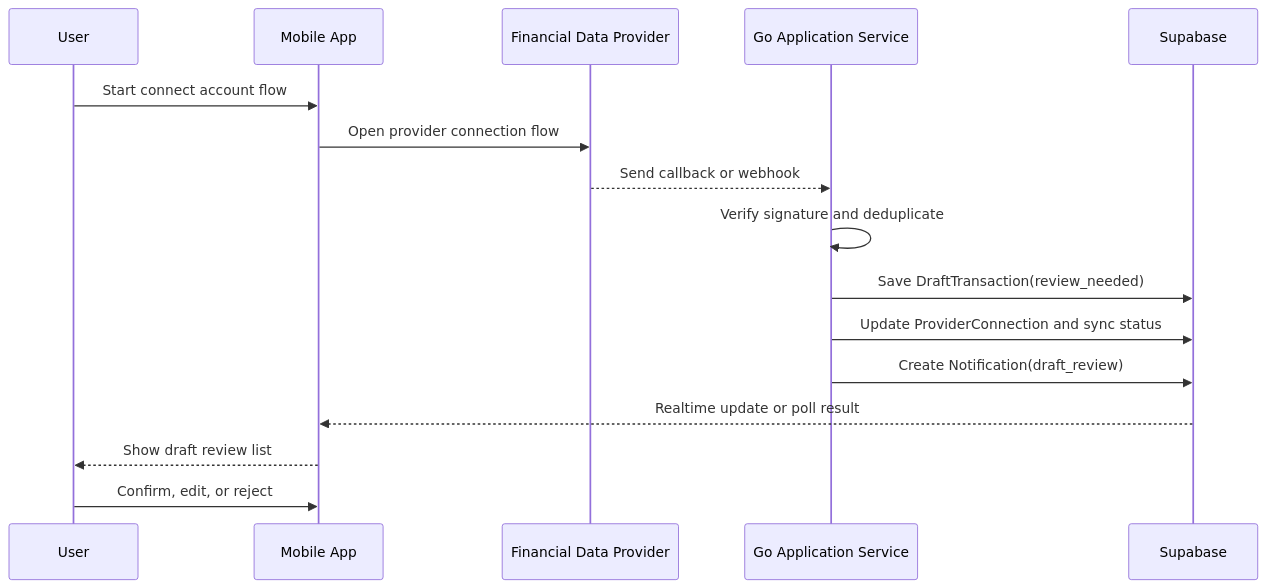
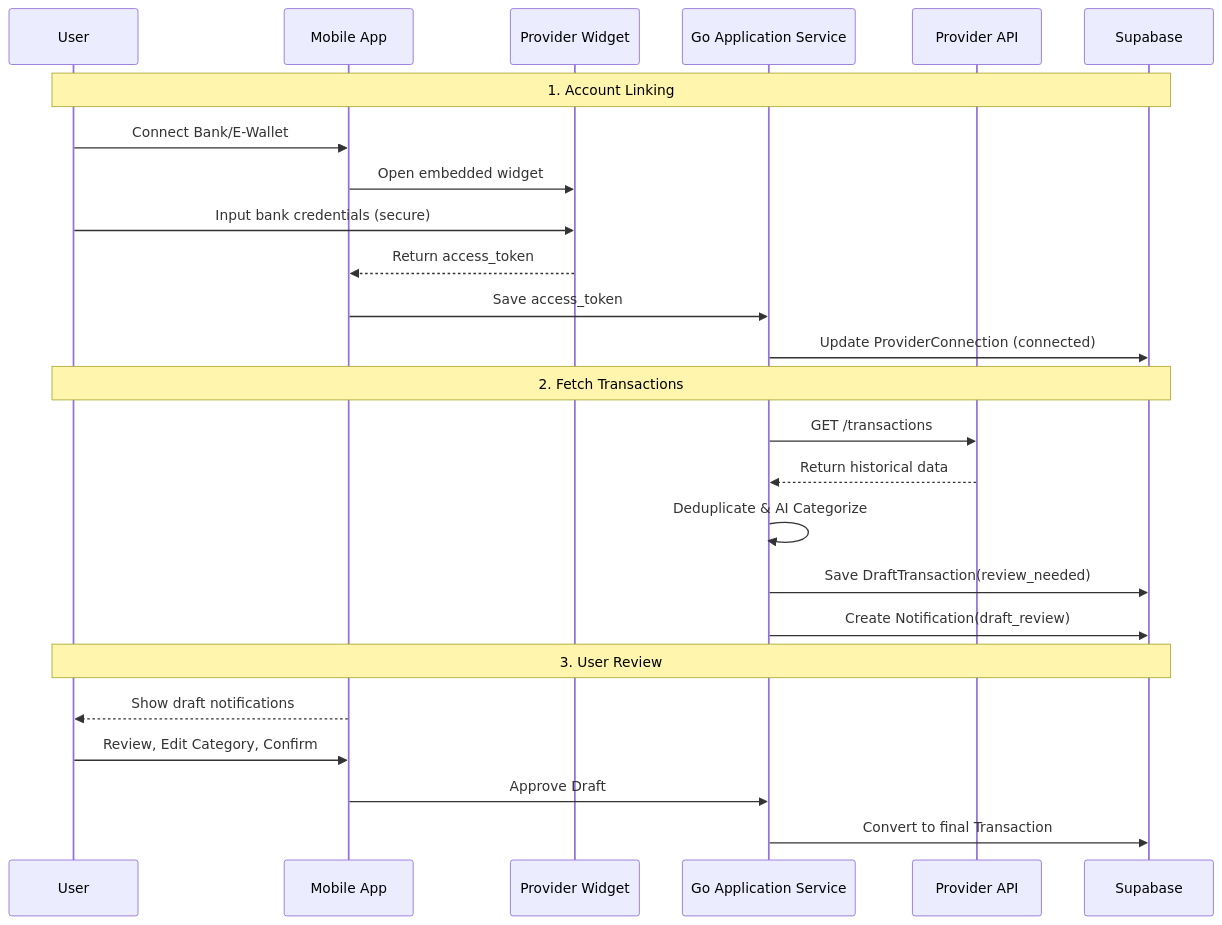
Before and after one commit to RioSudrajat/Halofin: the ninth of 15 diagrams in docs/tech/Architecture.md, drawn with Mermaid. The commit also changed other lines of this file and 5 other files, not shown here.

````diff
--- a/docs/tech/Architecture.md
+++ b/docs/tech/Architecture.md
@@ -546,19 +546,30 @@
 ```mermaid
 sequenceDiagram
     participant U as User
     participant M as Mobile App
-    participant P as Financial Data Provider
+    participant P as Provider Widget
     participant A as Go Application Service
+    participant API as Provider API
     participant DB as Supabase
 
-    U->>M: Start connect account flow
-    M->>P: Open provider connection flow
-    P-->>A: Send callback or webhook
-    A->>A: Verify signature and deduplicate
+    Note over U,DB: 1. Account Linking
+    U->>M: Connect Bank/E-Wallet
+    M->>P: Open embedded widget
+    U->>P: Input bank credentials (secure)
+    P-->>M: Return access_token
+    M->>A: Save access_token
+    A->>DB: Update ProviderConnection (connected)
+
+    Note over U,DB: 2. Fetch Transactions
+    A->>API: GET /transactions
+    API-->>A: Return historical data
+    A->>A: Deduplicate & AI Categorize
     A->>DB: Save DraftTransaction(review_needed)
-    A->>DB: Update ProviderConnection and sync status
     A->>DB: Create Notification(draft_review)
-    DB-->>M: Realtime update or poll result
-    M-->>U: Show draft review list
-    U->>M: Confirm, edit, or reject
+    
+    Note over U,DB: 3. User Review
+    M-->>U: Show draft notifications
+    U->>M: Review, Edit Category, Confirm
+    M->>A: Approve Draft
+    A->>DB: Convert to final Transaction
 ```
````
